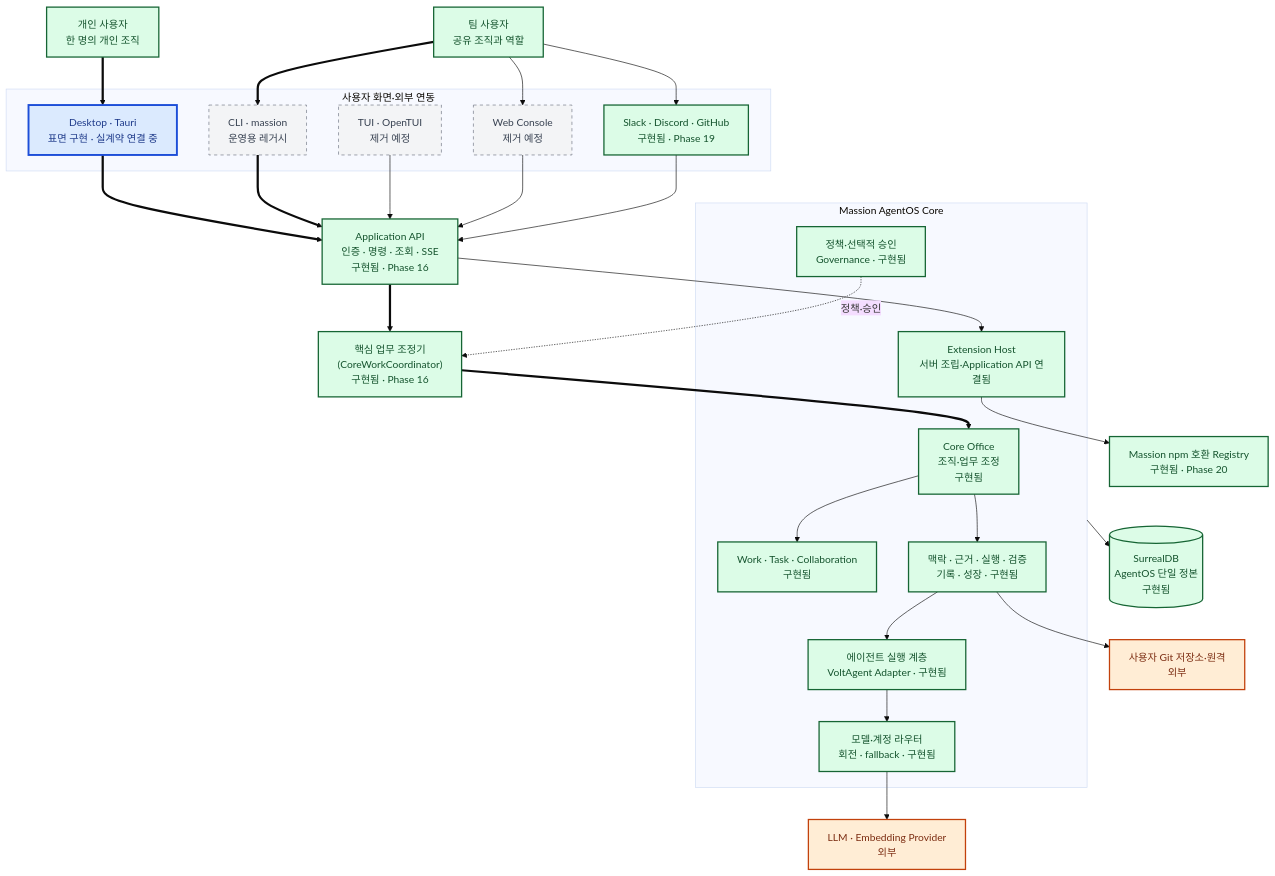
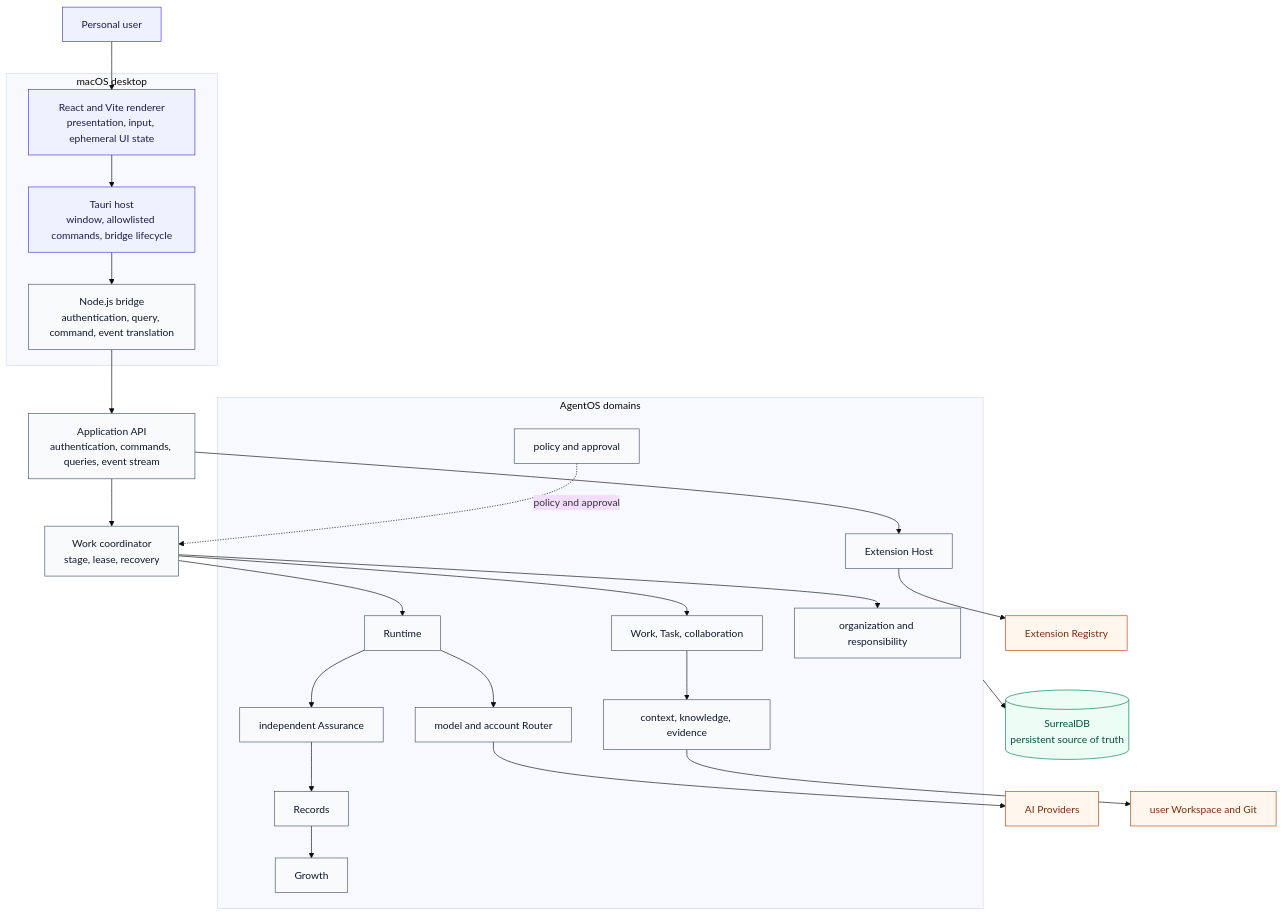
Before and after one commit to jabdori/massion: the first of 7 diagrams in docs/architecture/README.md, drawn with Mermaid (base theme). The commit also changed other lines of this file and 31 other files, not shown here.

````diff
--- a/docs/architecture/README.md
+++ b/docs/architecture/README.md
@@ -32,58 +23,56 @@
 ```mermaid
 flowchart TB
-  classDef implemented fill:#dcfce7,stroke:#166534,color:#14532d,stroke-width:2px;
-  classDef implementing fill:#dbeafe,stroke:#1d4ed8,color:#1e3a8a,stroke-width:3px;
-  classDef planned fill:#f3f4f6,stroke:#6b7280,color:#374151,stroke-width:1px,stroke-dasharray:5 5;
-  classDef external fill:#ffedd5,stroke:#c2410c,color:#7c2d12,stroke-width:2px;
+  classDef surface fill:#eef2ff,stroke:#4338ca,color:#1e1b4b;
+  classDef core fill:#f8fafc,stroke:#475569,color:#0f172a;
+  classDef storage fill:#ecfdf5,stroke:#047857,color:#064e3b;
+  classDef external fill:#fff7ed,stroke:#c2410c,color:#7c2d12;
 
-  Person["개인 사용자<br/>한 명의 개인 조직"]:::implemented
-  Team["팀 사용자<br/>공유 조직과 역할"]:::implemented
+  User["Personal user"]:::surface
 
-  subgraph Surfaces["사용자 화면·외부 연동"]
-    Desktop["Desktop · Tauri<br/>표면 구현 · 실계약 연결 중"]:::implementing
-    CLI["CLI · massion<br/>운영용 레거시"]:::planned
-    TUI["TUI · OpenTUI<br/>제거 예정"]:::planned
-    Web["Web Console<br/>제거 예정"]:::planned
-    Channels["Slack · Discord · GitHub<br/>구현됨 · Phase 19"]:::implemented
+  subgraph Desktop["macOS desktop"]
+    Renderer["React and Vite renderer<br/>presentation, input, ephemeral UI state"]:::surface
+    Host["Tauri host<br/>window, allowlisted commands, bridge lifecycle"]:::surface
+    Bridge["Node.js bridge<br/>authentication, query, command, event translation"]:::core
   end
 
-  API["Application API<br/>인증 · 명령 · 조회 · SSE<br/>구현됨 · Phase 16"]:::implemented
-  Coordinator["핵심 업무 조정기<br/>(CoreWorkCoordinator)<br/>구현됨 · Phase 16"]:::implemented
+  API["Application API<br/>authentication, commands, queries, event stream"]:::core
+  Coordinator["Work coordinator<br/>stage, lease, recovery"]:::core
 
-  subgraph AgentOS["Massion AgentOS Core"]
-    Office["Core Office<br/>조직·업무 조정<br/>구현됨"]:::implemented
-    Work["Work · Task · Collaboration<br/>구현됨"]:::implemented
-    Governance["정책·선택적 승인<br/>Governance · 구현됨"]:::implemented
-    Intelligence["맥락 · 근거 · 실행 · 검증<br/>기록 · 성장 · 구현됨"]:::implemented
-    Runtime["에이전트 실행 계층<br/>VoltAgent Adapter · 구현됨"]:::implemented
-    Router["모델·계정 라우터<br/>회전 · fallback · 구현됨"]:::implemented
-    ExtHost["Extension Host<br/>서버 조립·Application API 연결됨"]:::implemented
+  subgraph AgentOS["AgentOS domains"]
+    Organization["organization and responsibility"]:::core
+    Work["Work, Task, collaboration"]:::core
+    Governance["policy and approval"]:::core
+    Knowledge["context, knowledge, evidence"]:::core
+    Runtime["Runtime"]:::core
+    Assurance["independent Assurance"]:::core
+    Records["Records"]:::core
+    Growth["Growth"]:::core
+    Router["model and account Router"]:::core
+    Extensions["Extension Host"]:::core
   end
 
-  DB[("SurrealDB<br/>AgentOS 단일 정본<br/>구현됨")]:::implemented
-  Registry["Massion npm 호환 Registry<br/>구현됨 · Phase 20"]:::implemented
-  Providers["LLM · Embedding Provider<br/>외부"]:::external
-  Git["사용자 Git 저장소·원격<br/>외부"]:::external
+  DB[("SurrealDB<br/>persistent source of truth")]:::storage
+  Providers["AI Providers"]:::external
+  Files["user Workspace and Git"]:::external
+  Registry["Extension Registry"]:::external
 
-  Person ==> Desktop
-  Team ==> CLI
-  Team --> Web
-  Team --> Channels
-  Desktop ==> API
-  CLI ==> API
-  TUI --> API
-  Web --> API
-  Channels --> API
-  API ==> Coordinator
-  Coordinator ==> Office
-  Office --> Work
-  Governance -. "정책·승인" .-> Coordinator
-  Office --> Intelligence
-  Intelligence --> Runtime
+  User --> Renderer
+  Renderer --> Host
+  Host --> Bridge
+  Bridge --> API
+  API --> Coordinator
+  Coordinator --> Organization
+  Coordinator --> Work
+  Governance -. "policy and approval" .-> Coordinator
+  Work --> Knowledge
+  Knowledge --> Files
+  Coordinator --> Runtime
   Runtime --> Router
-  API --> ExtHost
+  Router --> Providers
+  Runtime --> Assurance
+  Assurance --> Records
+  Records --> Growth
+  API --> Extensions
+  Extensions --> Registry
   AgentOS --> DB
-  Router --> Providers
-  ExtHost --> Registry
-  Intelligence --> Git
 ```
````
